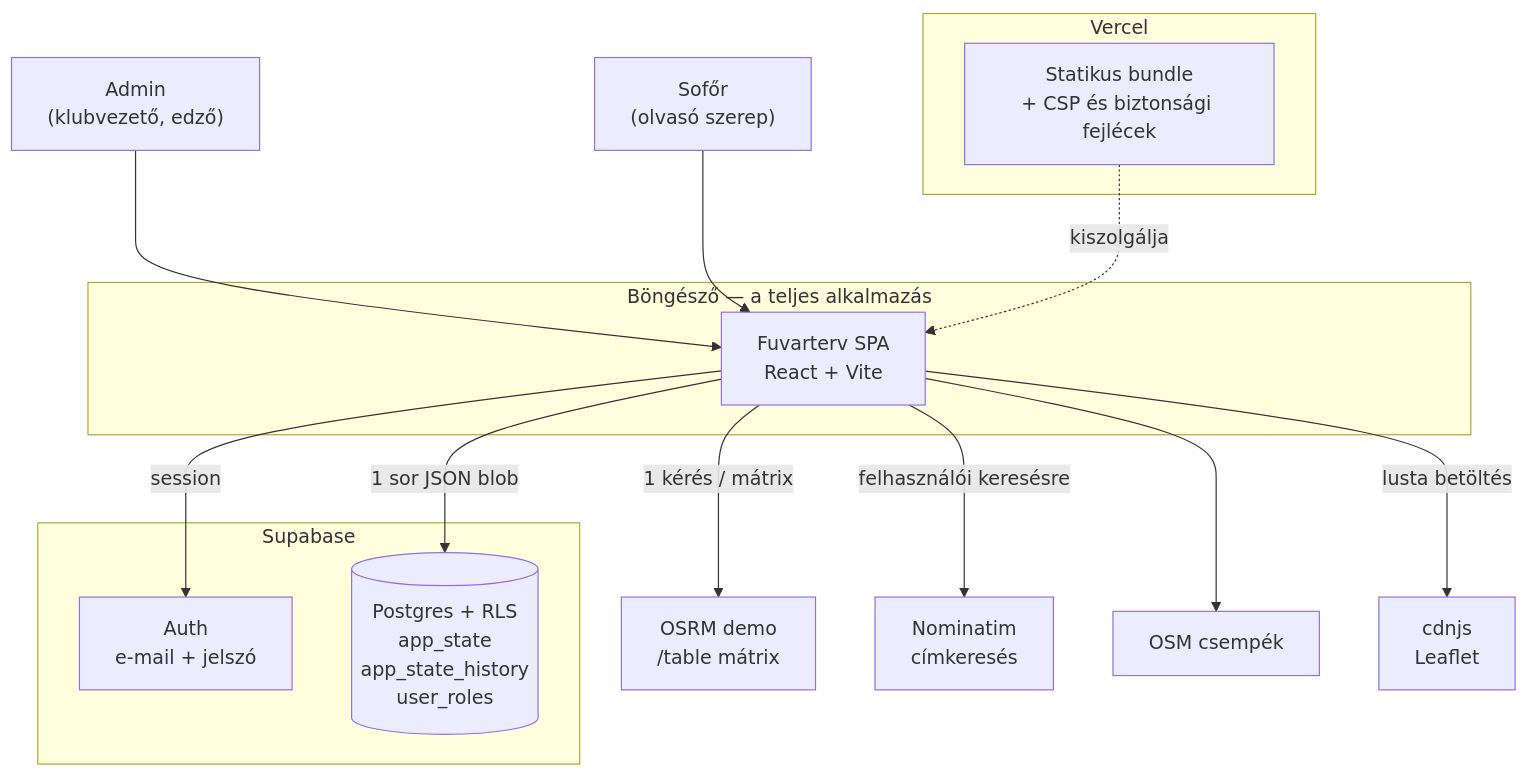
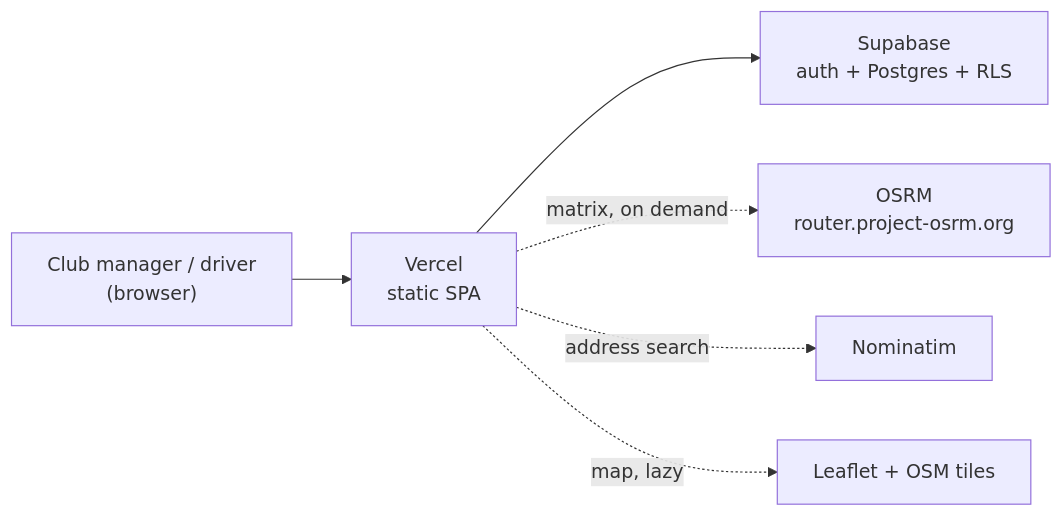
Before and after one commit to botond-berta/fuvarterv: the first of 4 diagrams in docs/ARCHITECTURE.md, drawn with Mermaid. The commit also changed other lines of this file and 70 other files, not shown here.

````diff
--- a/docs/ARCHITECTURE.md
+++ b/docs/ARCHITECTURE.md
@@ -67,33 +67,8 @@
 ```mermaid
-flowchart TB
-    admin["Admin<br/>(klubvezető, edző)"]
-    sofor["Sofőr<br/>(olvasó szerep)"]
-
-    subgraph browser["Böngésző — a teljes alkalmazás"]
-        app["Fuvarterv SPA<br/>React + Vite"]
-    end
-
-    subgraph vercel["Vercel"]
-        static["Statikus bundle<br/>+ CSP és biztonsági fejlécek"]
-    end
-
-    subgraph supabase["Supabase"]
-        auth["Auth<br/>e-mail + jelszó"]
-        db[("Postgres + RLS<br/>app_state<br/>app_state_history<br/>user_roles")]
-    end
-
-    osrm["OSRM demo<br/>/table mátrix"]
-    nomi["Nominatim<br/>címkeresés"]
-    tiles["OSM csempék"]
-    cdn["cdnjs<br/>Leaflet"]
-
-    admin --> app
-    sofor --> app
-    static -.->|kiszolgálja| app
-    app -->|"session"| auth
-    app -->|"1 sor JSON blob"| db
-    app -->|"1 kérés / mátrix"| osrm
-    app -->|"felhasználói keresésre"| nomi
-    app --> tiles
-    app -->|"lusta betöltés"| cdn
+flowchart LR
+    U["Club manager / driver<br/>(browser)"] --> V["Vercel<br/>static SPA"]
+    V --> S["Supabase<br/>auth + Postgres + RLS"]
+    V -. "matrix, on demand" .-> O["OSRM<br/>router.project-osrm.org"]
+    V -. "address search" .-> N["Nominatim"]
+    V -. "map, lazy" .-> L["Leaflet + OSM tiles"]
 ```
````
